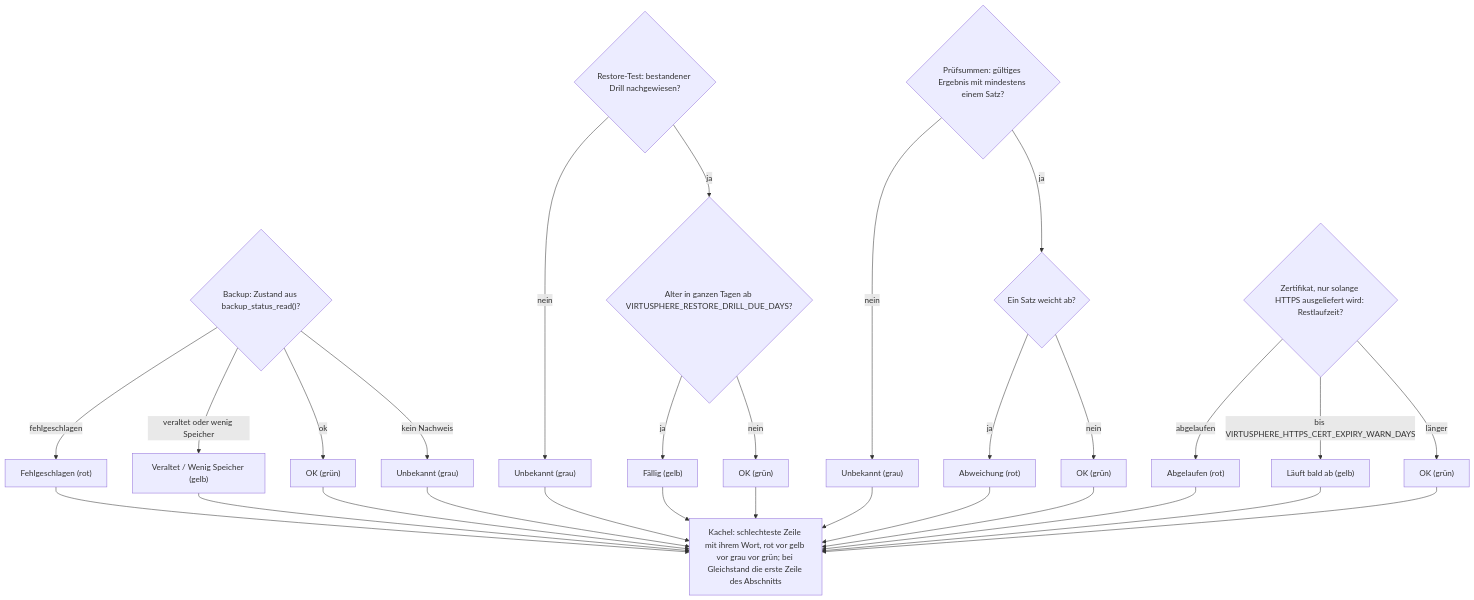
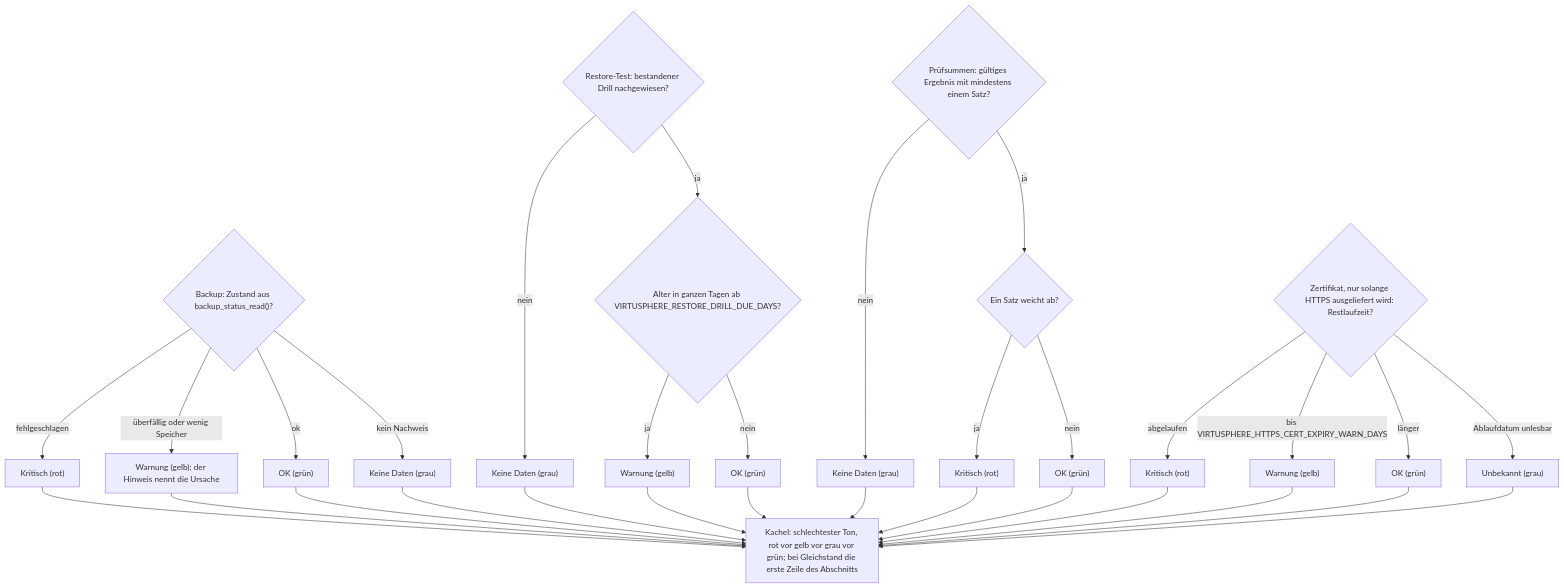
Before and after one commit to Samy94M/VirtuSphere-v2-WebApp: the ninth of 10 diagrams in docs/operations/system-status-checks.md, drawn with Mermaid. The commit also changed other lines of this file and 62 other files, not shown here.

````diff
--- a/docs/operations/system-status-checks.md
+++ b/docs/operations/system-status-checks.md
@@ -229,19 +284,20 @@
 ```mermaid
 flowchart TD
-  B{"Backup: Zustand aus backup_status_read()?"} -->|fehlgeschlagen| BF["Fehlgeschlagen (rot)"]
-  B -->|veraltet oder wenig Speicher| BW["Veraltet / Wenig Speicher (gelb)"]
+  B{"Backup: Zustand aus backup_status_read()?"} -->|fehlgeschlagen| BF["Kritisch (rot)"]
+  B -->|überfällig oder wenig Speicher| BW["Warnung (gelb); der Hinweis nennt die Ursache"]
   B -->|ok| BO["OK (grün)"]
-  B -->|kein Nachweis| BU["Unbekannt (grau)"]
-  D{"Restore-Test: bestandener Drill nachgewiesen?"} -->|nein| DU["Unbekannt (grau)"]
+  B -->|kein Nachweis| BU["Keine Daten (grau)"]
+  D{"Restore-Test: bestandener Drill nachgewiesen?"} -->|nein| DU["Keine Daten (grau)"]
   D -->|ja| DA{"Alter in ganzen Tagen ab VIRTUSPHERE_RESTORE_DRILL_DUE_DAYS?"}
-  DA -->|ja| DF["Fällig (gelb)"]
+  DA -->|ja| DF["Warnung (gelb)"]
   DA -->|nein| DO["OK (grün)"]
-  S{"Prüfsummen: gültiges Ergebnis mit mindestens einem Satz?"} -->|nein| SU["Unbekannt (grau)"]
+  S{"Prüfsummen: gültiges Ergebnis mit mindestens einem Satz?"} -->|nein| SU["Keine Daten (grau)"]
   S -->|ja| SF{"Ein Satz weicht ab?"}
-  SF -->|ja| SA["Abweichung (rot)"]
+  SF -->|ja| SA["Kritisch (rot)"]
   SF -->|nein| SO["OK (grün)"]
-  H{"Zertifikat, nur solange HTTPS ausgeliefert wird: Restlaufzeit?"} -->|abgelaufen| HA["Abgelaufen (rot)"]
-  H -->|bis VIRTUSPHERE_HTTPS_CERT_EXPIRY_WARN_DAYS| HB["Läuft bald ab (gelb)"]
+  H{"Zertifikat, nur solange HTTPS ausgeliefert wird: Restlaufzeit?"} -->|abgelaufen| HA["Kritisch (rot)"]
+  H -->|bis VIRTUSPHERE_HTTPS_CERT_EXPIRY_WARN_DAYS| HB["Warnung (gelb)"]
   H -->|länger| HO["OK (grün)"]
-  BF & BW & BO & BU & DU & DF & DO & SU & SA & SO & HA & HB & HO --> K["Kachel: schlechteste Zeile mit ihrem Wort, rot vor gelb vor grau vor grün; bei Gleichstand die erste Zeile des Abschnitts"]
+  H -->|Ablaufdatum unlesbar| HU["Unbekannt (grau)"]
+  BF & BW & BO & BU & DU & DF & DO & SU & SA & SO & HA & HB & HO & HU --> K["Kachel: schlechtester Ton, rot vor gelb vor grau vor grün; bei Gleichstand die erste Zeile des Abschnitts"]
 ```
````
